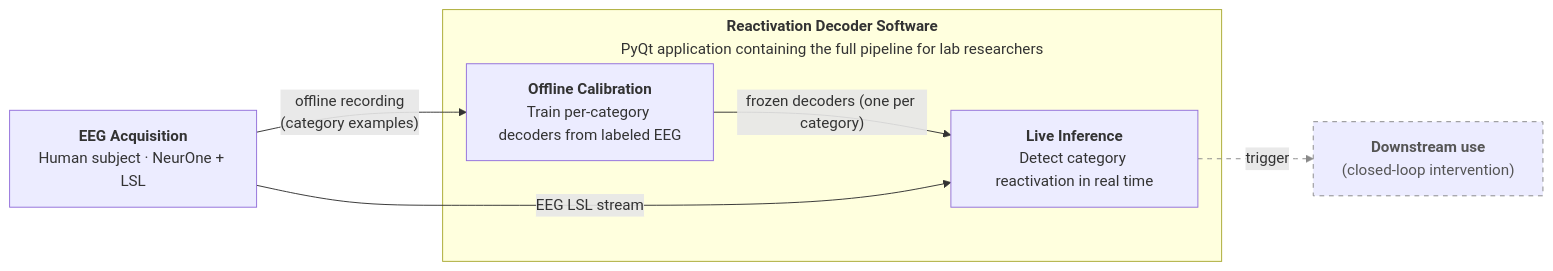
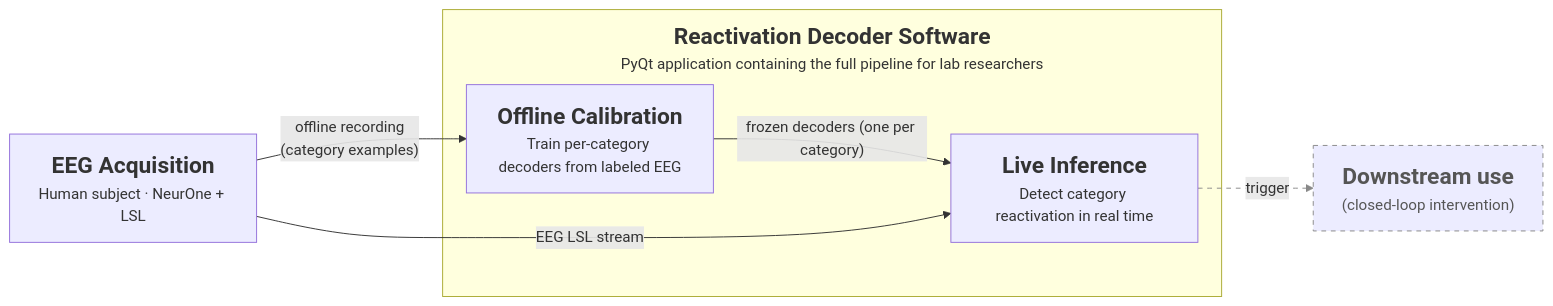
Before and after one commit to roiguri/live-reactivation-decoder: the first of 5 diagrams in docs/diagrams/Project Diagrams Blueprints.md, drawn with Mermaid. The commit also changed other lines of this file and 5 other files, not shown here.

Commit message:
docs(diagrams): update diagram images for clarity and consistency

````diff
--- a/docs/diagrams/Project Diagrams Blueprints.md
+++ b/docs/diagrams/Project Diagrams Blueprints.md
@@ -40,28 +40,28 @@
 ```mermaid
-%%{init: {"flowchart": {"subGraphTitleMargin": {"top": 6, "bottom": 16}}}}%%
+%%{init: {"flowchart": {"subGraphTitleMargin": {"top": 10, "bottom": 34}}}}%%
 flowchart LR
     %% ---------- Left: single acquisition block ----------
-    Acq["<b>EEG Acquisition</b><br>Human subject · NeurOne + LSL"]
+    Acq["<span style='font-size:24px'><b>EEG Acquisition</b></span><br><span style='font-size:16px'>Human subject · NeurOne + LSL</span>"]
 
     %% ---------- Center: software container ----------
     %% NOTE: no `direction TB` here — inheriting the parent LR direction is what
     %% lets the external arrows attach to the inner boxes instead of the border.
-    subgraph Software["<center><b>Reactivation Decoder Software</b><br>PyQt application containing the full pipeline for lab researchers</center>"]
-        Off["<b>Offline Calibration</b><br>Train per-category decoders from labeled EEG"]
-        On["<b>Live Inference</b><br>Detect category reactivation in real time"]
+    subgraph Software["<center><span style='font-size:24px'><b>Reactivation Decoder Software</b></span><br><span style='font-size:16px'>PyQt application containing the full pipeline for lab researchers</span></center>"]
+        Off["<span style='font-size:24px'><b>Offline Calibration</b></span><br><span style='font-size:16px'>Train per-category decoders from labeled EEG</span>"]
+        On["<span style='font-size:24px'><b>Live Inference</b></span><br><span style='font-size:16px'>Detect category reactivation in real time</span>"]
         Off -->|"frozen decoders (one per category)"| On
     end
 
     %% ---------- Right: trigger output ----------
-    Use["<b>Downstream use</b><br>(closed-loop intervention)"]
+    Use["<span style='font-size:24px'><b>Downstream use</b></span><br><span style='font-size:16px'>(closed-loop intervention)</span>"]
 
     %% ---------- Flows ----------
     Acq -->|"offline recording<br>(category examples)"| Off
     Acq -->|EEG LSL stream| On
     On -->|trigger| Use
 
     %% ---------- Styling: dashed = future / not yet deployed ----------
     classDef future stroke:#888,stroke-dasharray: 5 5,color:#555;
     class Use future;
     linkStyle 3 stroke:#888,stroke-dasharray: 5 5;
 ```
````
